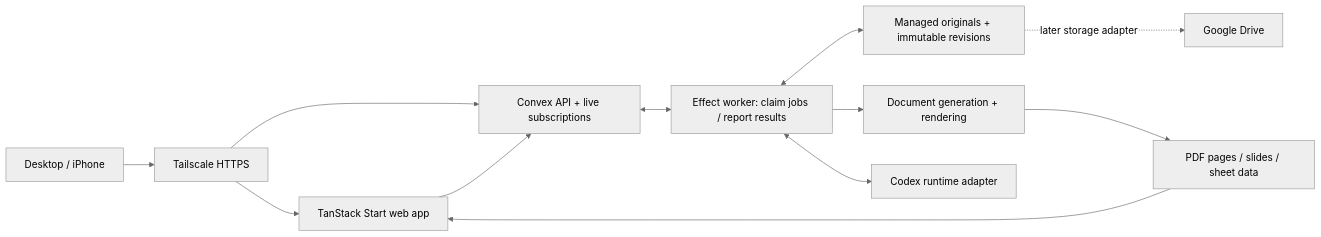
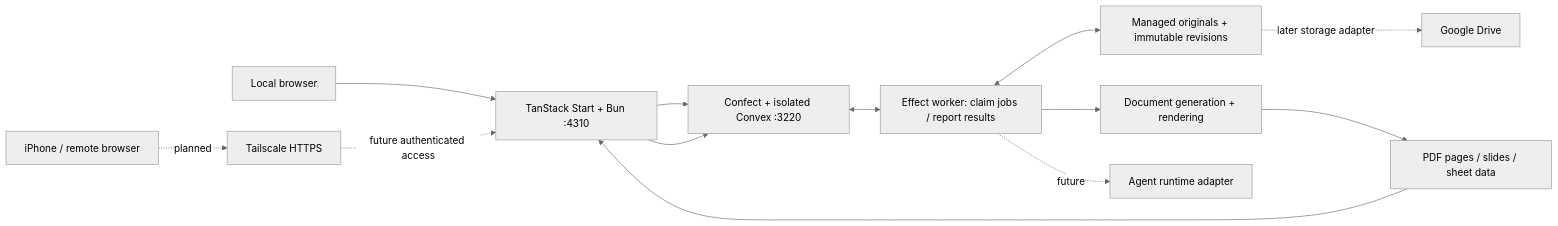
One commit to alexmikeagent/ha-workspace changed the diagram in docs/architecture/ARCHITECTURE.md. Above: the diagram before and after it, drawn with Mermaid (neutral theme). The commit also changed other lines of this file and 95 other files, not shown here.

````diff
--- a/docs/architecture/ARCHITECTURE.md
+++ b/docs/architecture/ARCHITECTURE.md
@@ -13,14 +13,15 @@
 ```mermaid
 flowchart LR
-  U[Desktop / iPhone] --> T[Tailscale HTTPS]
-  T --> W[TanStack Start web app]
-  T --> C[Convex API + live subscriptions]
+  U[Local browser] --> W[TanStack Start + Bun :4310]
+  W --> C[Confect + isolated Convex :3220]
+  I[iPhone / remote browser] -. planned .-> T[Tailscale HTTPS]
+  T -. future authenticated access .-> W
   W --> C
   C <--> E[Effect worker: claim jobs / report results]
   E <--> F[Managed originals + immutable revisions]
   E --> R[Document generation + rendering]
-  E <--> A[Codex runtime adapter]
+  E -. future .-> A[Agent runtime adapter]
   R --> P[PDF pages / slides / sheet data]
   P --> W
   F -. later storage adapter .-> G[Google Drive]
 ```
````
